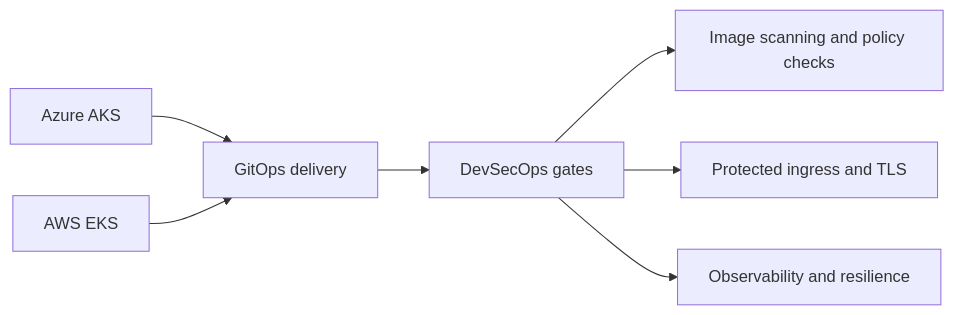
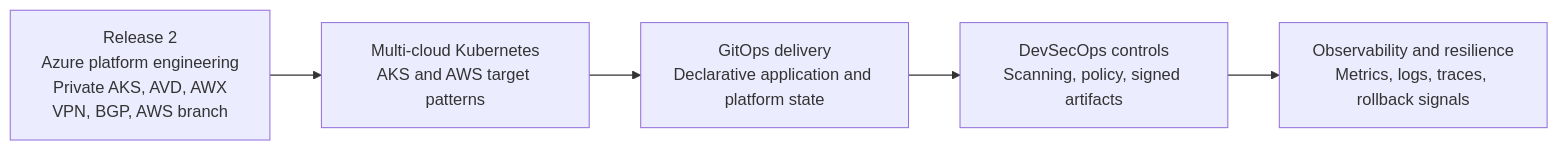
The diagram in site/releases/release3.md (jrikobd-azaws/azawslab-enterprise-hybrid-security), drawn with Mermaid before and after one commit. The commit also changed other lines of this file and 3 other files, not shown here.

````diff
--- a/site/releases/release3.md
+++ b/site/releases/release3.md
@@ -11,9 +31,13 @@
 ```mermaid
 flowchart LR
-    AKS["Azure AKS"] --> GitOps["GitOps delivery"]
-    EKS["AWS EKS"] --> GitOps
-    GitOps --> DevSec["DevSecOps gates"]
-    DevSec --> Scan["Image scanning and policy checks"]
-    DevSec --> Ingress["Protected ingress and TLS"]
-    DevSec --> Obs["Observability and resilience"]
+    R2["Release 2<br>Azure platform engineering<br>Private AKS, AVD, AWX<br>VPN, BGP, AWS branch"]
+    K8S["Multi-cloud Kubernetes<br>AKS and AWS target patterns"]
+    GITOPS["GitOps delivery<br>Declarative application and platform state"]
+    SEC["DevSecOps controls<br>Scanning, policy, signed artifacts"]
+    OBS["Observability and resilience<br>Metrics, logs, traces, rollback signals"]
+
+    R2 --> K8S
+    K8S --> GITOPS
+    GITOPS --> SEC
+    SEC --> OBS
 ```
````
